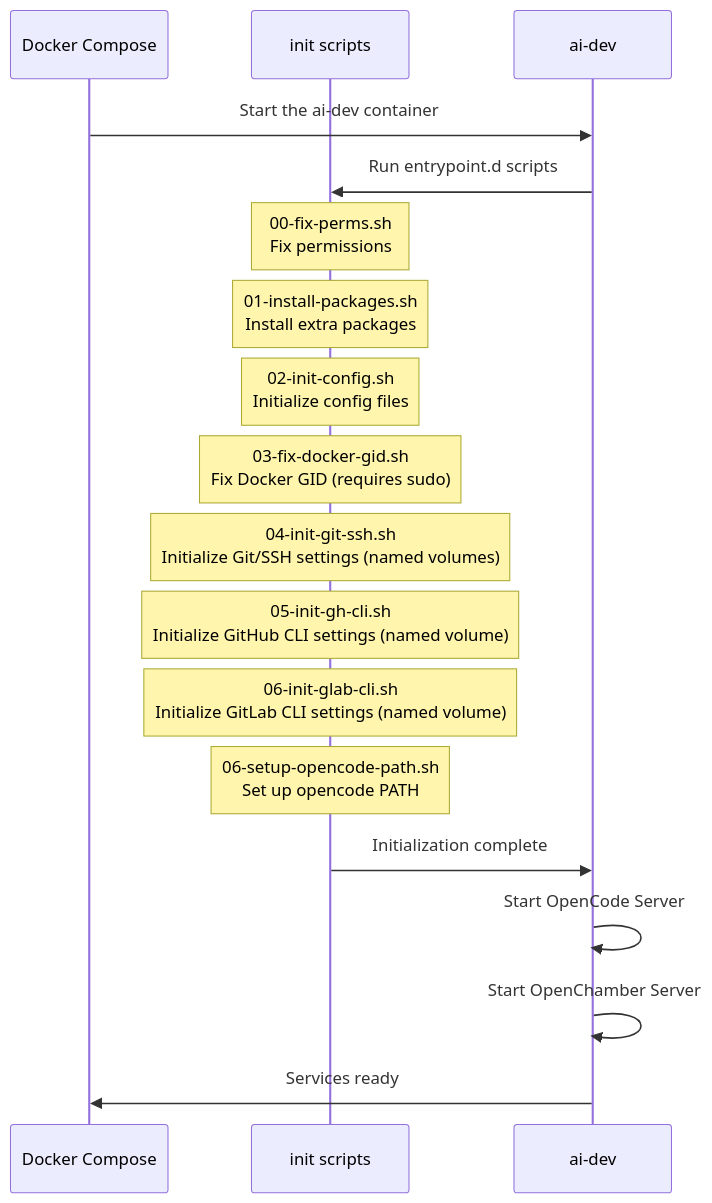
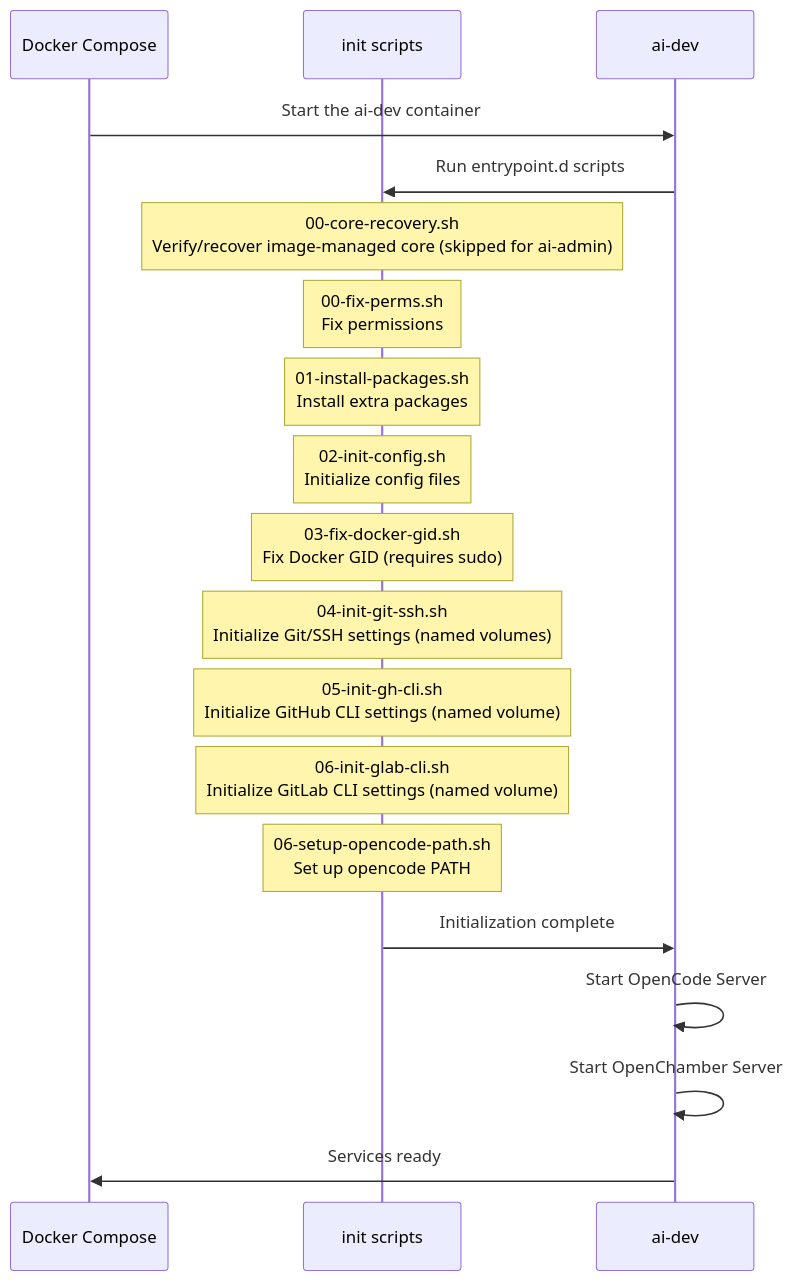
Before and after one commit to tryweb/ai-engkit: diagram 11 of 13 in docs/ARCHITECTURE.md, drawn with Mermaid. The commit also changed other lines of this file and 2 other files, not shown here.

Commit message:
docs: reference managed-core runtime in architecture guides

````diff
--- a/docs/ARCHITECTURE.md
+++ b/docs/ARCHITECTURE.md
@@ -577,30 +577,32 @@
 ```mermaid
 sequenceDiagram
     participant D as Docker Compose
     participant I as init scripts
     participant A as ai-dev
 
     D->>A: Start the ai-dev container
     A->>I: Run entrypoint.d scripts
+
+    Note over I: 00-core-recovery.sh<br/>Verify/recover image-managed core (skipped for ai-admin)
 
     Note over I: 00-fix-perms.sh<br/>Fix permissions
 
     Note over I: 01-install-packages.sh<br/>Install extra packages
 
     Note over I: 02-init-config.sh<br/>Initialize config files
 
     Note over I: 03-fix-docker-gid.sh<br/>Fix Docker GID (requires sudo)
 
     Note over I: 04-init-git-ssh.sh<br/>Initialize Git/SSH settings (named volumes)
 
     Note over I: 05-init-gh-cli.sh<br/>Initialize GitHub CLI settings (named volume)
 
     Note over I: 06-init-glab-cli.sh<br/>Initialize GitLab CLI settings (named volume)
 
     Note over I: 06-setup-opencode-path.sh<br/>Set up opencode PATH
 
     I->>A: Initialization complete
     A->>A: Start OpenCode Server
     A->>A: Start OpenChamber Server
     A->>D: Services ready
 ```
````
